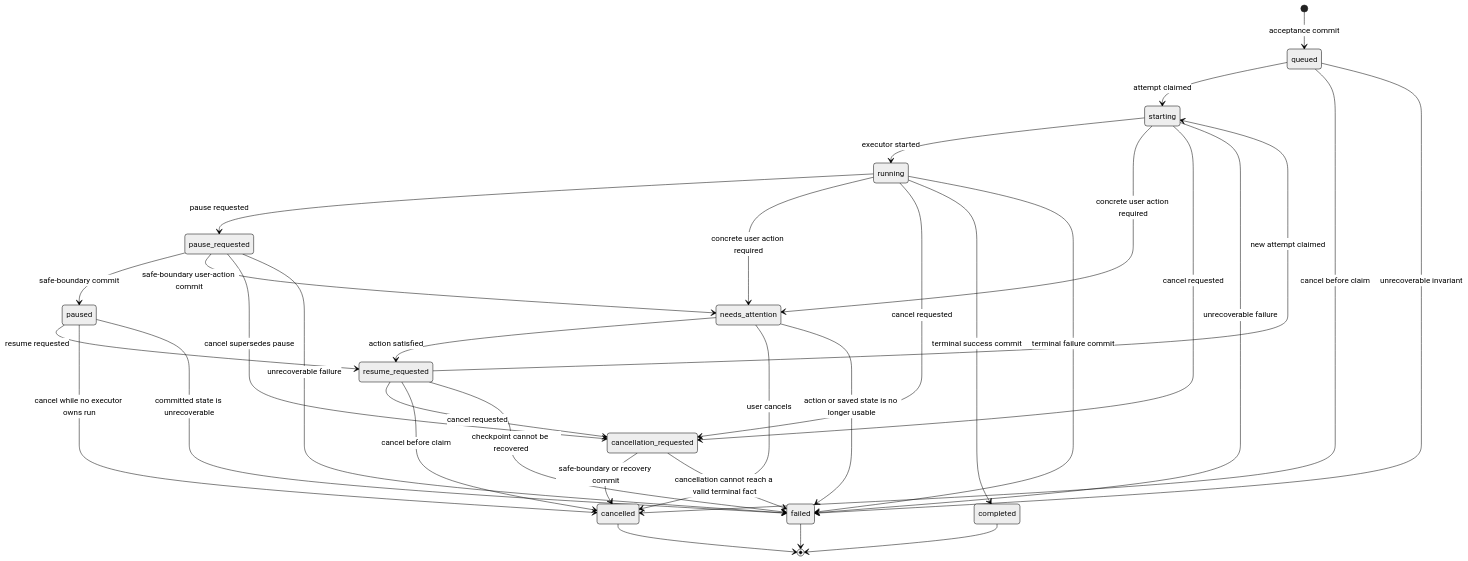
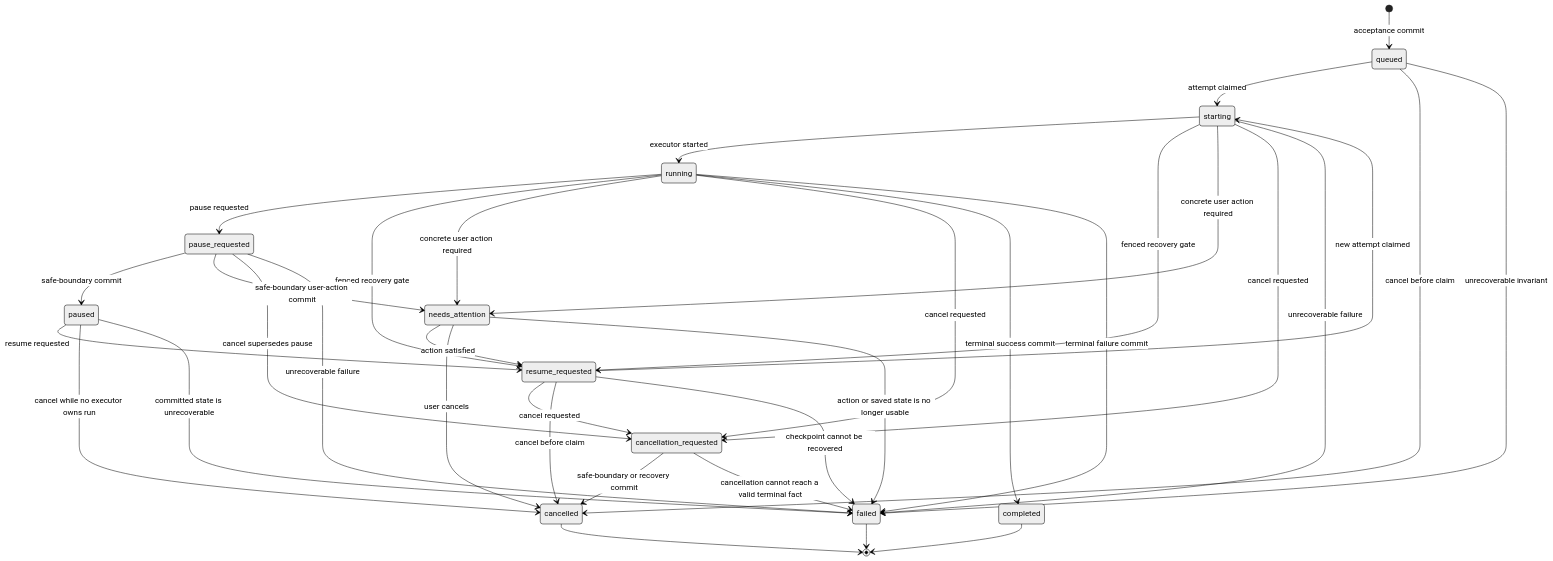
Before and after one commit to FrankQDWang/SeekTalent: the diagram in docs/plans/external-execution-plane-v1-task-semantics.md, drawn with Mermaid (neutral theme). The commit also changed other lines of this file, not shown here.

````diff
--- a/docs/plans/external-execution-plane-v1-task-semantics.md
+++ b/docs/plans/external-execution-plane-v1-task-semantics.md
@@ -195,43 +195,45 @@
 ```mermaid
 stateDiagram-v2
     [*] --> queued: acceptance commit
     queued --> starting: attempt claimed
     queued --> cancelled: cancel before claim
     queued --> failed: unrecoverable invariant
 
     starting --> running: executor started
+    starting --> resume_requested: fenced recovery gate
     starting --> needs_attention: concrete user action required
     starting --> cancellation_requested: cancel requested
     starting --> failed: unrecoverable failure
 
     running --> pause_requested: pause requested
+    running --> resume_requested: fenced recovery gate
     running --> needs_attention: concrete user action required
     running --> cancellation_requested: cancel requested
     running --> completed: terminal success commit
     running --> failed: terminal failure commit
 
     pause_requested --> paused: safe-boundary commit
     pause_requested --> needs_attention: safe-boundary user-action commit
     pause_requested --> cancellation_requested: cancel supersedes pause
     pause_requested --> failed: unrecoverable failure
 
     paused --> resume_requested: resume requested
     paused --> cancelled: cancel while no executor owns run
     paused --> failed: committed state is unrecoverable
 
     needs_attention --> resume_requested: action satisfied
     needs_attention --> cancelled: user cancels
     needs_attention --> failed: action or saved state is no longer usable
 
     resume_requested --> starting: new attempt claimed
     resume_requested --> cancellation_requested: cancel requested
     resume_requested --> cancelled: cancel before claim
     resume_requested --> failed: checkpoint cannot be recovered
 
     cancellation_requested --> cancelled: safe-boundary or recovery commit
     cancellation_requested --> failed: cancellation cannot reach a valid terminal fact
 
     cancelled --> [*]
     completed --> [*]
     failed --> [*]
 ```
````
